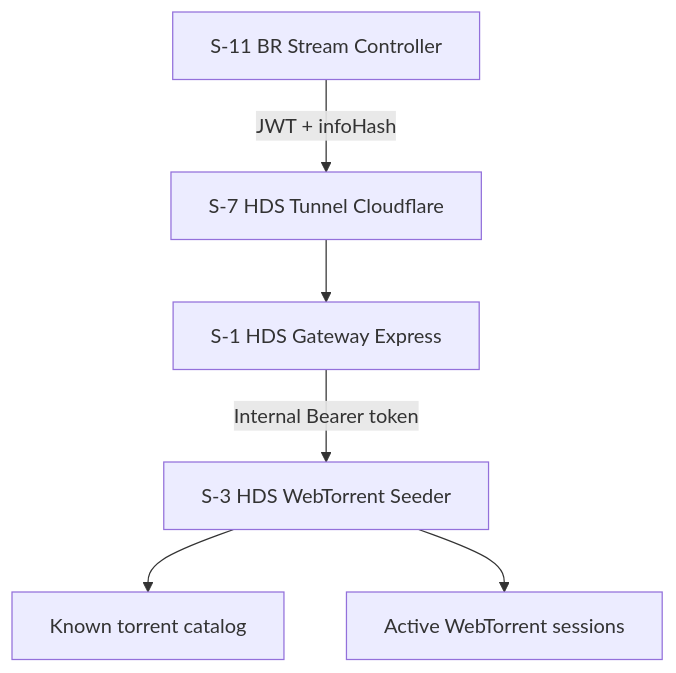
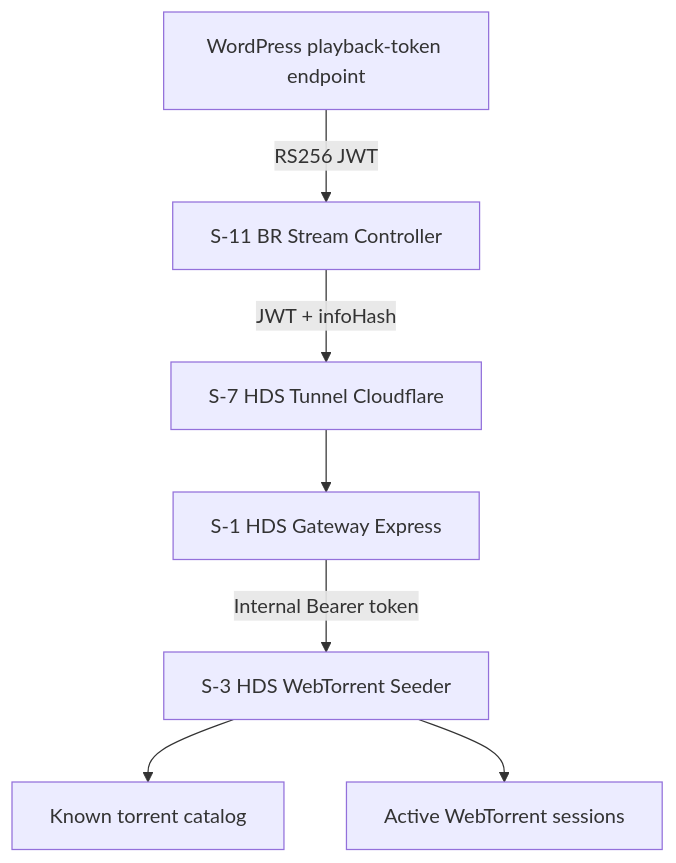
Before and after one commit to sonexus-club/Sonexus: the diagram in Docs/ADR/ADR-005-Gateway-Architecture.md, drawn with Mermaid. The commit also changed other lines of this file and 8 other files, not shown here.

Commit message:
docs: finalize ADR-005 Command Layer architecture

````diff
--- a/Docs/ADR/ADR-005-Gateway-Architecture.md
+++ b/Docs/ADR/ADR-005-Gateway-Architecture.md
@@ -47,8 +47,9 @@
 ```mermaid
 flowchart TD
-    P["S-11 BR Stream Controller"] -->|"JWT + infoHash"| T["S-7 HDS Tunnel Cloudflare"]
+    I["WordPress playback-token endpoint"] -->|"RS256 JWT"| P["S-11 BR Stream Controller"]
+    P -->|"JWT + infoHash"| T["S-7 HDS Tunnel Cloudflare"]
     T --> G["S-1 HDS Gateway Express"]
     G -->|"Internal Bearer token"| S["S-3 HDS WebTorrent Seeder"]
     S --> K["Known torrent catalog"]
     S --> W["Active WebTorrent sessions"]
 ```
````
